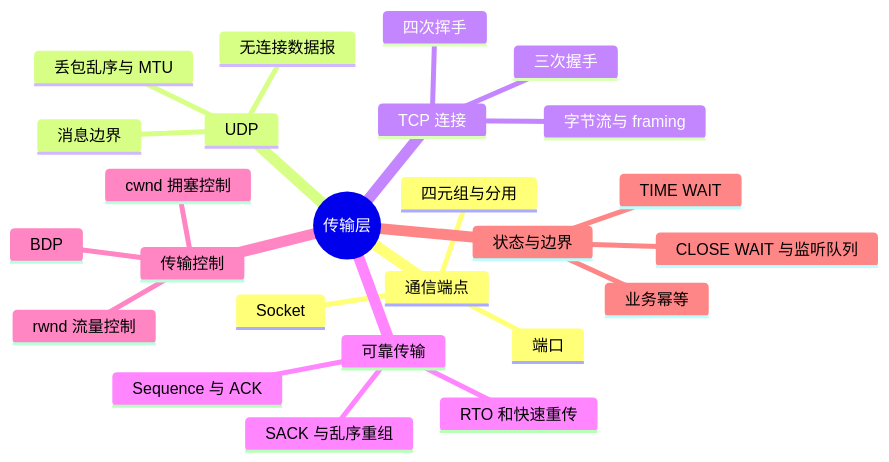
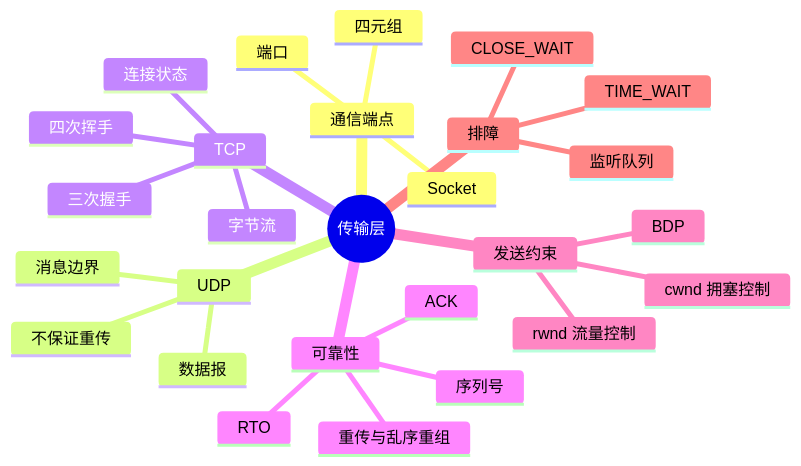
Before and after one commit to ranxi2001/zero2Leetcode: the first of 3 diagrams in 05_interview/fundamentals/cs-core/computer-network/03-transport-tcp/index.md, drawn with Mermaid. The commit also changed other lines of this file and 38 other files, not shown here.

````diff
--- a/05_interview/fundamentals/cs-core/computer-network/03-transport-tcp/index.md
+++ b/05_interview/fundamentals/cs-core/computer-network/03-transport-tcp/index.md
@@ -13,28 +17,30 @@
 ```mermaid
 mindmap
   root((传输层))
     通信端点
       端口
       Socket
-      四元组与分用
+      四元组
     UDP
-      无连接数据报
+      数据报
       消息边界
-      丢包乱序与 MTU
-    TCP 连接
+      不保证重传
+    TCP
+      连接状态
+      字节流
       三次握手
-      字节流与 framing
       四次挥手
-    可靠传输
-      Sequence 与 ACK
-      RTO 和快速重传
-      SACK 与乱序重组
-    传输控制
+    可靠性
+      序列号
+      ACK
+      RTO
+      重传与乱序重组
+    发送约束
       rwnd 流量控制
       cwnd 拥塞控制
       BDP
-    状态与边界
-      TIME WAIT
-      CLOSE WAIT 与监听队列
-      业务幂等
+    排障
+      TIME_WAIT
+      CLOSE_WAIT
+      监听队列
 ```
````
